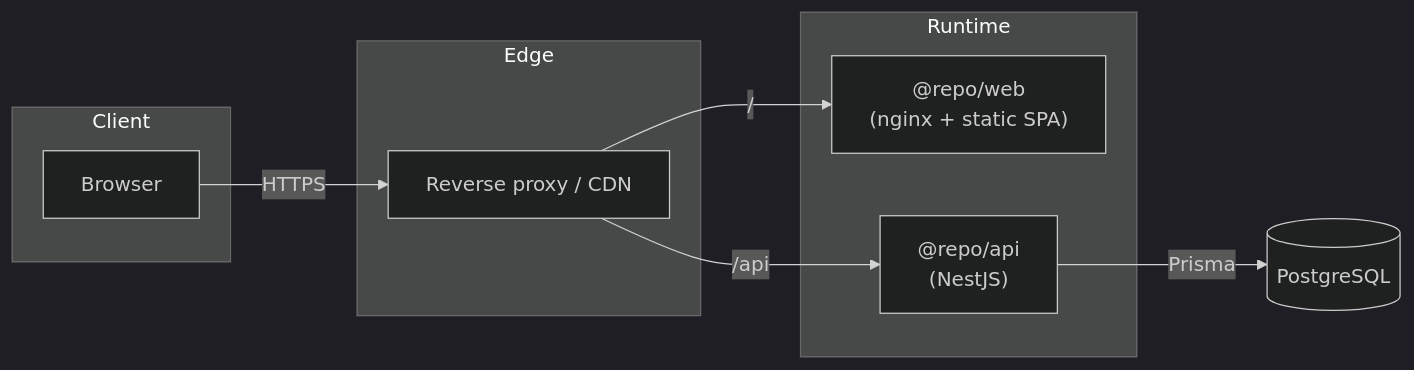
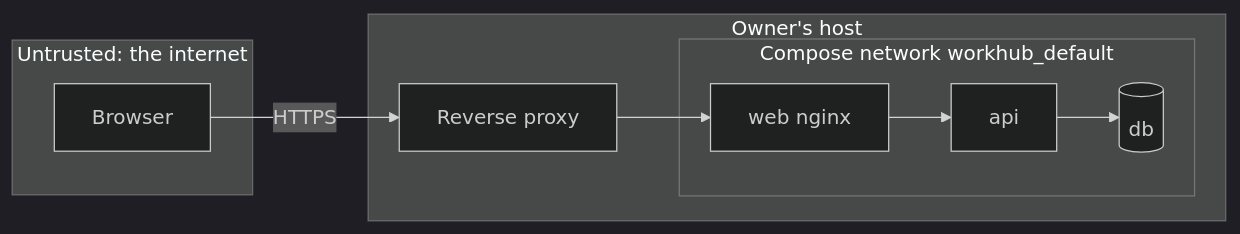
Before and after one commit to HuttonHomeHub/WorkHub: the second of 2 diagrams in docs/ARCHITECTURE.md, drawn with Mermaid (dark theme). The commit also changed other lines of this file and 30 other files, not shown here.

````diff
--- a/docs/ARCHITECTURE.md
+++ b/docs/ARCHITECTURE.md
@@ -15,19 +84,14 @@
 ```mermaid
-graph LR
-  subgraph Client
+flowchart LR
+  subgraph Internet["Untrusted: the internet"]
     B[Browser]
   end
-  subgraph Edge
-    RP[Reverse proxy / CDN]
+  subgraph Host["Owner's host"]
+    P[Reverse proxy]
+    subgraph Net["Compose network workhub_default"]
+      W[web nginx] --> A[api] --> D[(db)]
+    end
+    P --> W
   end
-  subgraph Runtime
-    W["@repo/web<br/>(nginx + static SPA)"]
-    A["@repo/api<br/>(NestJS)"]
-  end
-  DB[("PostgreSQL")]
-
-  B -->|HTTPS| RP
-  RP -->|/| W
-  RP -->|/api| A
-  A -->|Prisma| DB
+  B -->|HTTPS| P
 ```
````
